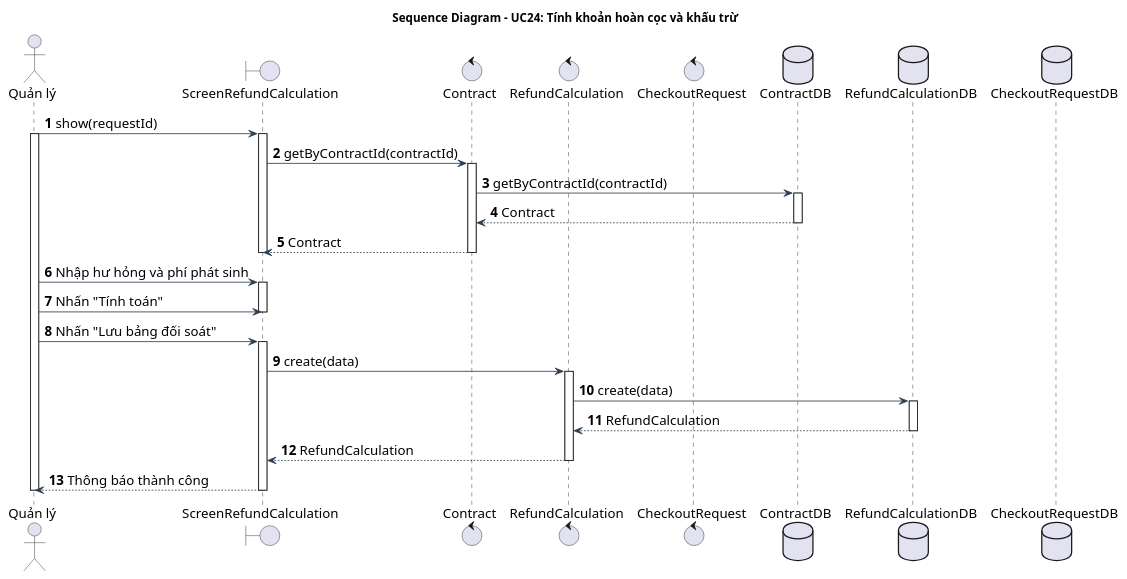
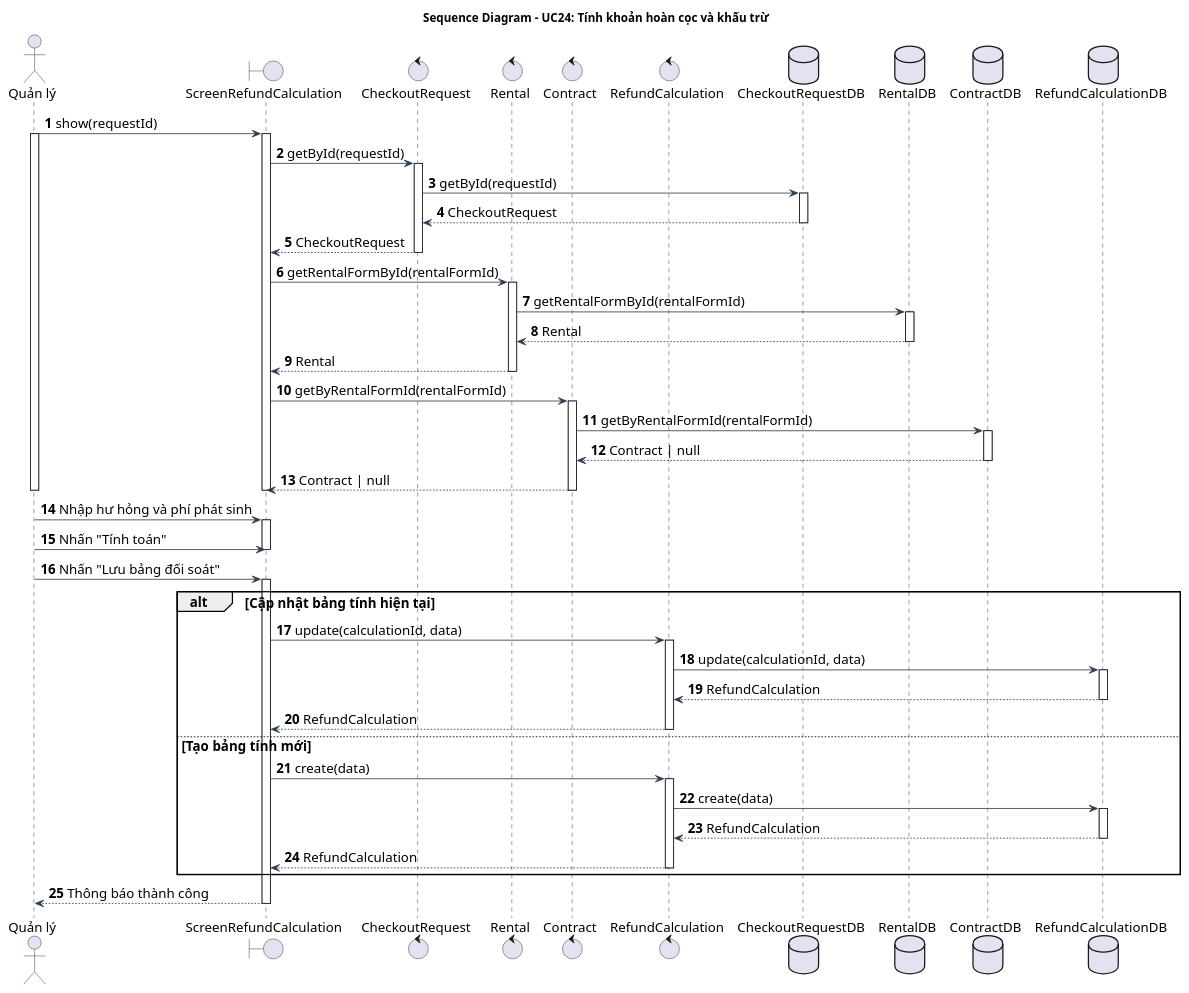
One commit to Gnourt812005/HCMUS-Analyze-and-desgin-IS changed the diagram in doc/system/tinh_hoan_coc_khau_tru/TinhHoanCocKhauTru_SequenceDiagram.wsd. Above: the diagram before and after it, drawn with PlantUML. The commit also changed 10 other files, not shown here.

Commit message:
quangdo/diagram: adjusted diagrams to match code

```diff
--- a/doc/system/tinh_hoan_coc_khau_tru/TinhHoanCocKhauTru_SequenceDiagram.wsd
+++ b/doc/system/tinh_hoan_coc_khau_tru/TinhHoanCocKhauTru_SequenceDiagram.wsd
@@ -1,56 +1,88 @@
 @startuml TinhHoanCocKhauTru_SequenceDiagram
 title Sequence Diagram - UC24: Tính khoản hoàn cọc và khấu trừ
 
 skinparam {
     BackgroundColor White
     ArrowColor #2D3E50
     DefaultFontName "Arial"
     DefaultFontSize 16
     ParticipantPadding 15
 }
 
 autonumber
 
 actor "Quản lý" as manager
 boundary "ScreenRefundCalculation" as screen
+control "CheckoutRequest" as request
+control "Rental" as rental
 control "Contract" as contract
 control "RefundCalculation" as refund
-control "CheckoutRequest" as request
+database "CheckoutRequestDB" as requestDb
+database "RentalDB" as rentalDb
 database "ContractDB" as contractDb
 database "RefundCalculationDB" as refundDb
-database "CheckoutRequestDB" as requestDb
 
 manager -> screen: show(requestId)
 activate screen
 activate manager
-screen -> contract: getByContractId(contractId)
+screen -> request: getById(requestId)
+activate request
+request -> requestDb: getById(requestId)
+activate requestDb
+requestDb --> request: CheckoutRequest
+deactivate requestDb
+request --> screen: CheckoutRequest
+deactivate request
+
+screen -> rental: getRentalFormById(rentalFormId)
+activate rental
+rental -> rentalDb: getRentalFormById(rentalFormId)
+activate rentalDb
+rentalDb --> rental: Rental
+deactivate rentalDb
+rental --> screen: Rental
+deactivate rental
+
+screen -> contract: getByRentalFormId(rentalFormId)
 activate contract
-contract -> contractDb: getByContractId(contractId)
+contract -> contractDb: getByRentalFormId(rentalFormId)
 activate contractDb
-contractDb --> contract: Contract
+contractDb --> contract: Contract | null
 deactivate contractDb
-contract --> screen: Contract
+contract --> screen: Contract | null
 deactivate contract
 deactivate screen
+deactivate manager
 
 manager -> screen: Nhập hư hỏng và phí phát sinh
 activate screen
 manager -> screen: Nhấn "Tính toán"
 deactivate screen
 
 manager -> screen: Nhấn "Lưu bảng đối soát"
 activate screen
-screen -> refund: create(data)
-activate refund
-refund -> refundDb: create(data)
-activate refundDb
-refundDb --> refund: RefundCalculation
-deactivate refundDb
-refund --> screen: RefundCalculation
-deactivate refund
+
+alt Cập nhật bảng tính hiện tại
+  screen -> refund: update(calculationId, data)
+  activate refund
+  refund -> refundDb: update(calculationId, data)
+  activate refundDb
+  refundDb --> refund: RefundCalculation
+  deactivate refundDb
+  refund --> screen: RefundCalculation
+  deactivate refund
+else Tạo bảng tính mới
+  screen -> refund: create(data)
+  activate refund
+  refund -> refundDb: create(data)
+  activate refundDb
+  refundDb --> refund: RefundCalculation
+  deactivate refundDb
+  refund --> screen: RefundCalculation
+  deactivate refund
+end
 
 screen --> manager: Thông báo thành công
 deactivate screen
-deactivate manager
 
 @enduml
```
